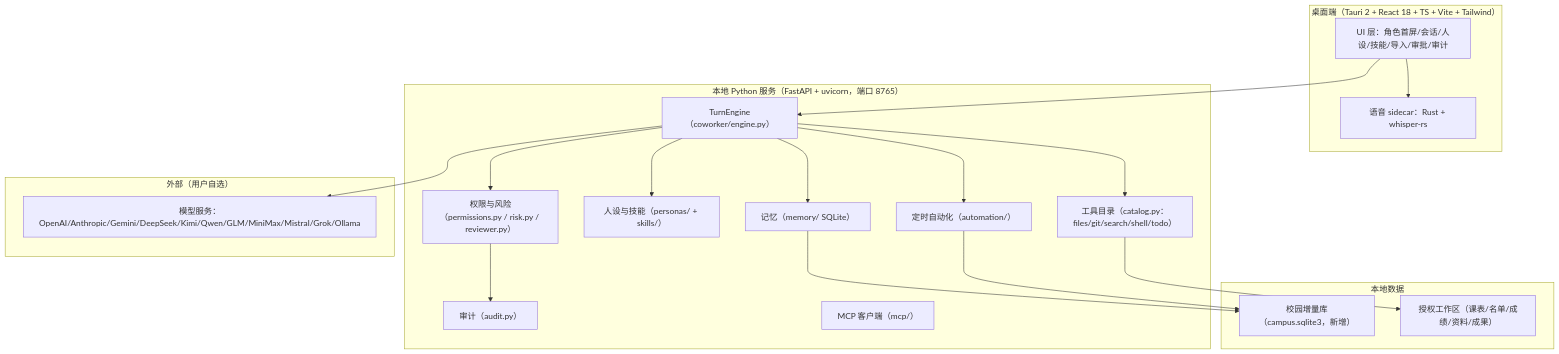
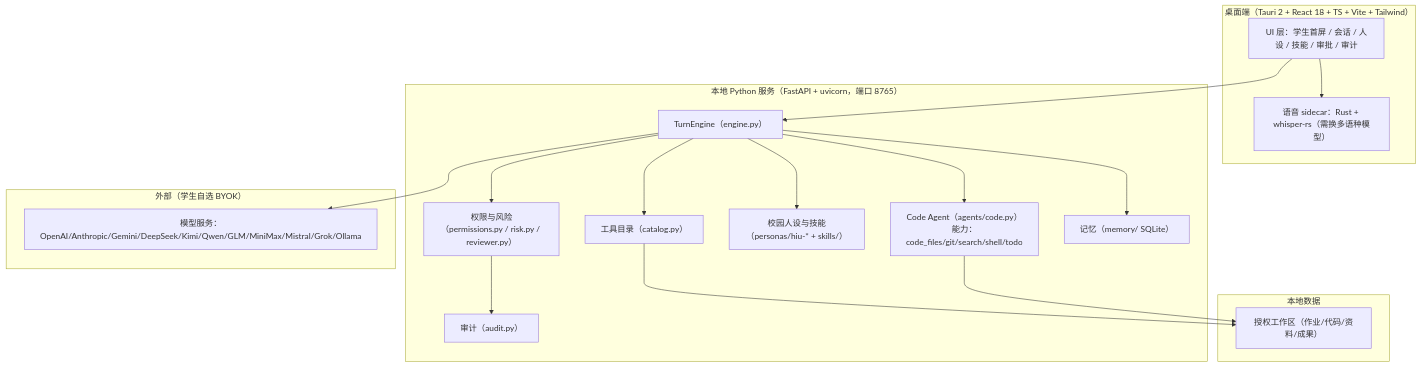
Before and after one commit to light-misty/Stealth-Study: the tenth of 11 diagrams in docs/PRD-龙外工作台.md, drawn with Mermaid. The commit also changed other lines of this file and 2 other files, not shown here.

````diff
--- a/docs/PRD-龙外工作台.md
+++ b/docs/PRD-龙外工作台.md
@@ -1115,36 +1085,33 @@
 ```mermaid
 graph TD
     subgraph Desktop["桌面端（Tauri 2 + React 18 + TS + Vite + Tailwind）"]
-        UI["UI 层：角色首屏/会话/人设/技能/导入/审批/审计"]
-        STT["语音 sidecar：Rust + whisper-rs"]
+        UI["UI 层：学生首屏 / 会话 / 人设 / 技能 / 审批 / 审计"]
+        STT["语音 sidecar：Rust + whisper-rs（需换多语种模型）"]
     end
     subgraph Server["本地 Python 服务（FastAPI + uvicorn，端口 8765）"]
-        ENGINE["TurnEngine（coworker/engine.py）"]
+        ENGINE["TurnEngine（engine.py）"]
+        CODEAGENT["Code Agent（agents/code.py）<br/>能力：code_files/git/search/shell/todo"]
         PERM["权限与风险（permissions.py / risk.py / reviewer.py）"]
-        PERSONA["人设与技能（personas/ + skills/）"]
-        TOOLS["工具目录（catalog.py：files/git/search/shell/todo）"]
-        AUTOM["定时自动化（automation/）"]
+        PERSONA["校园人设与技能（personas/hiu-* + skills/）"]
+        TOOLS["工具目录（catalog.py）"]
         MEM["记忆（memory/ SQLite）"]
         AUDIT["审计（audit.py）"]
-        MCP["MCP 客户端（mcp/）"]
     end
     subgraph Local["本地数据"]
-        CAMPUS["校园增量库（campus.sqlite3，新增）"]
-        WS["授权工作区（课表/名单/成绩/资料/成果）"]
+        WS["授权工作区（作业/代码/资料/成果）"]
     end
-    subgraph External["外部（用户自选）"]
+    subgraph External["外部（学生自选 BYOK）"]
         MODEL["模型服务：OpenAI/Anthropic/Gemini/DeepSeek/Kimi/Qwen/GLM/MiniMax/Mistral/Grok/Ollama"]
     end
     UI --> ENGINE
     UI --> STT
     ENGINE --> PERM
+    ENGINE --> CODEAGENT
     ENGINE --> PERSONA
     ENGINE --> TOOLS
-    ENGINE --> AUTOM
     ENGINE --> MEM
     PERM --> AUDIT
     TOOLS --> WS
-    MEM --> CAMPUS
-    AUTOM --> CAMPUS
+    CODEAGENT --> WS
     ENGINE --> MODEL
 ```
````
